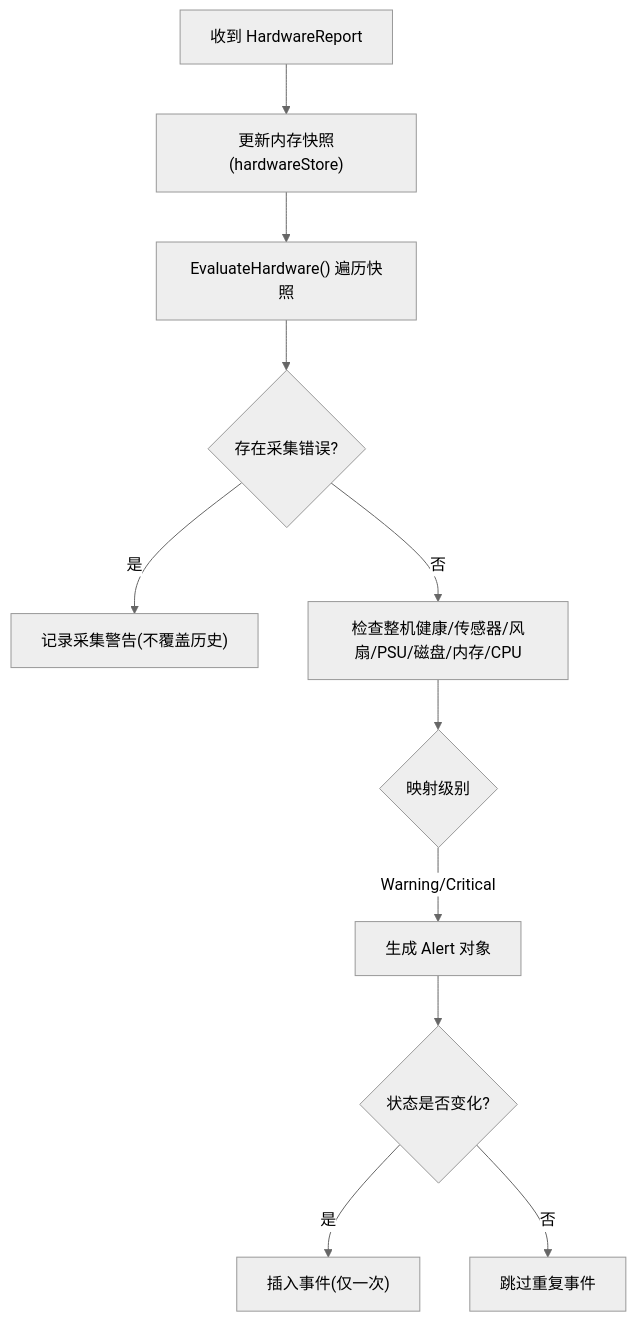
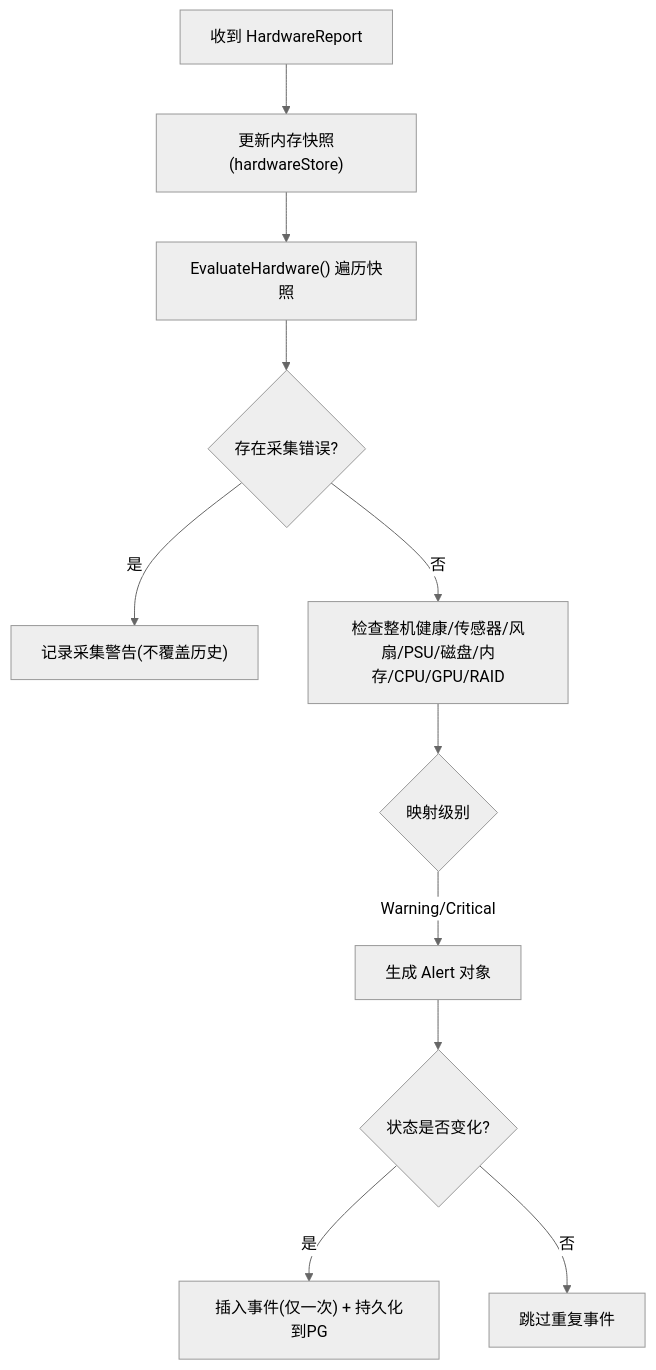
One commit to sreyun/aiops-monitor changed the seventh of 8 diagrams in .qoder/repowiki/zh/content/核心功能/告警系统/硬件告警引擎.md. Above: the diagram before and after it, drawn with Mermaid (neutral theme). The commit also changed other lines of this file and 38 other files, not shown here.

````diff
--- a/.qoder/repowiki/zh/content/核心功能/告警系统/硬件告警引擎.md
+++ b/.qoder/repowiki/zh/content/核心功能/告警系统/硬件告警引擎.md
@@ -296,13 +383,13 @@
 ```mermaid
 flowchart TD
 Ingest["收到 HardwareReport"] --> Cache["更新内存快照(hardwareStore)"]
 Cache --> Eval["EvaluateHardware() 遍历快照"]
 Eval --> CheckErr{"存在采集错误?"}
 CheckErr --> |是| WarnCollect["记录采集警告(不覆盖历史)"]
-CheckErr --> |否| CheckHealth["检查整机健康/传感器/风扇/PSU/磁盘/内存/CPU"]
+CheckErr --> |否| CheckHealth["检查整机健康/传感器/风扇/PSU/磁盘/内存/CPU/GPU/RAID"]
 CheckHealth --> Level{"映射级别"}
 Level --> |Warning/Critical| Emit["生成 Alert 对象"]
 Emit --> Dedup{"状态是否变化?"}
-Dedup --> |是| Event["插入事件(仅一次)"]
+Dedup --> |是| Event["插入事件(仅一次) + 持久化到PG"]
 Dedup --> |否| Skip["跳过重复事件"]
 ```
````
